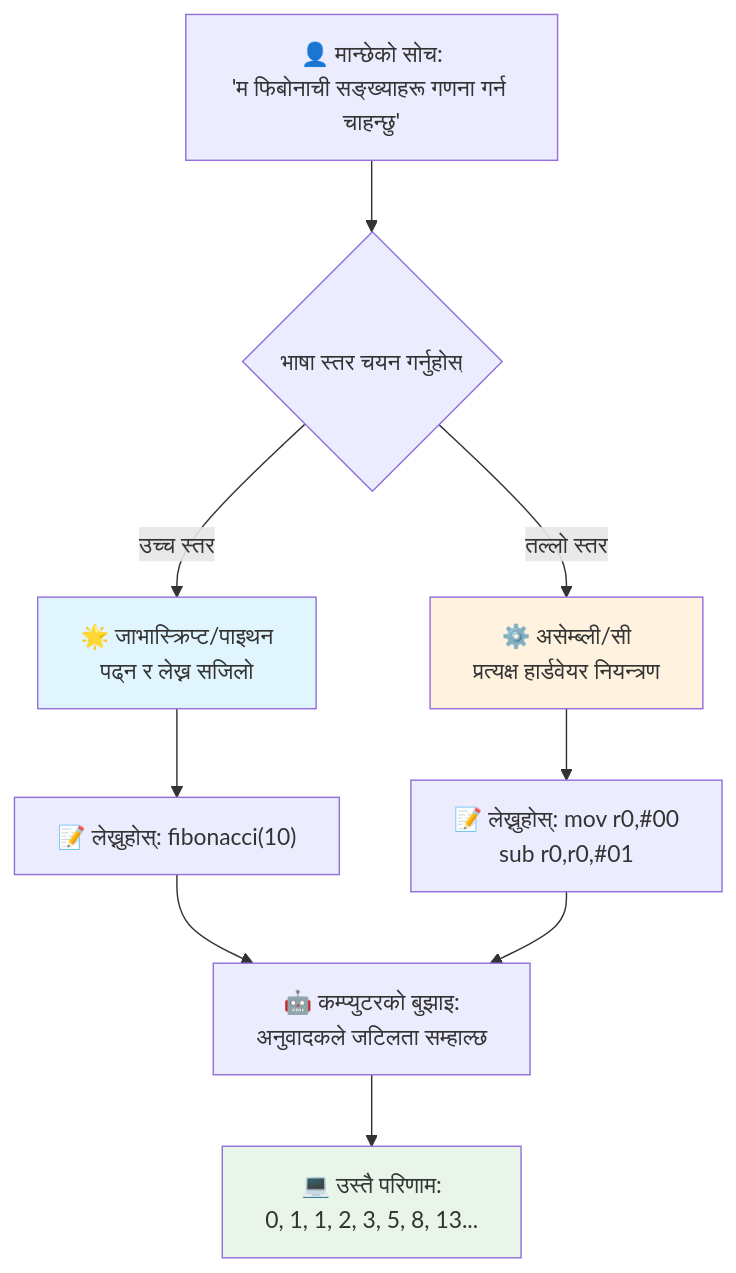
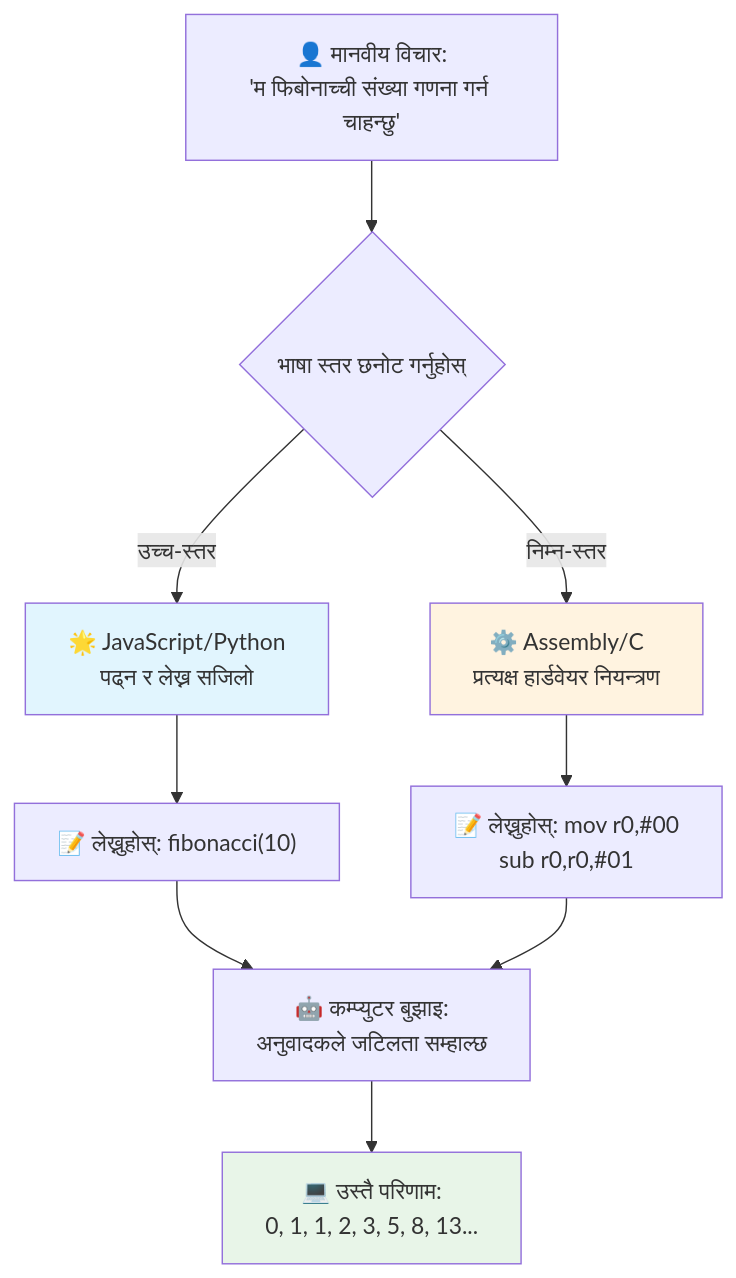
The third of 7 diagrams in translations/ne/1-getting-started-lessons/1-intro-to-programming-languages/README.md (microsoft/Web-Dev-For-Beginners), drawn with Mermaid before and after one commit. The commit also changed other lines of this file and 11 other files, not shown here.

````diff
--- a/translations/ne/1-getting-started-lessons/1-intro-to-programming-languages/README.md
+++ b/translations/ne/1-getting-started-lessons/1-intro-to-programming-languages/README.md
@@ -148,19 +148,19 @@
 ```mermaid
 flowchart TB
-    A["👤 मान्छेको सोच:<br/>'म फिबोनाची सङ्ख्याहरू गणना गर्न चाहन्छु'"] --> B{भाषा स्तर चयन गर्नुहोस्}
+    A["👤 मानवीय विचार:<br/>'म फिबोनाच्ची संख्या गणना गर्न चाहन्छु'"] --> B{भाषा स्तर छनोट गर्नुहोस्}
     
-    B -->|उच्च स्तर| C["🌟 जाभास्क्रिप्ट/पाइथन<br/>पढ्न र लेख्न सजिलो"]
-    B -->|तल्लो स्तर| D["⚙️ असेम्ब्ली/सी<br/>प्रत्यक्ष हार्डवेयर नियन्त्रण"]
+    B -->|उच्च-स्तर| C["🌟 JavaScript/Python<br/>पढ्न र लेख्न सजिलो"]
+    B -->|निम्न-स्तर| D["⚙️ Assembly/C<br/>प्रत्यक्ष हार्डवेयर नियन्त्रण"]
     
     C --> E["📝 लेख्नुहोस्: fibonacci(10)"]
     D --> F["📝 लेख्नुहोस्: mov r0,#00<br/>sub r0,r0,#01"]
     
-    E --> G["🤖 कम्प्युटरको बुझाइ:<br/>अनुवादकले जटिलता सम्हाल्छ"]
+    E --> G["🤖 कम्प्युटर बुझाइ:<br/>अनुवादकले जटिलता सम्हाल्छ"]
     F --> G
     
     G --> H["💻 उस्तै परिणाम:<br/>0, 1, 1, 2, 3, 5, 8, 13..."]
     
     style C fill:#e1f5fe
     style D fill:#fff3e0
     style H fill:#e8f5e8
 ```
````
